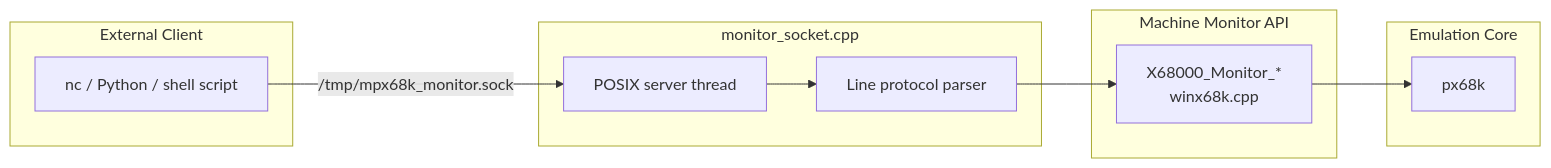
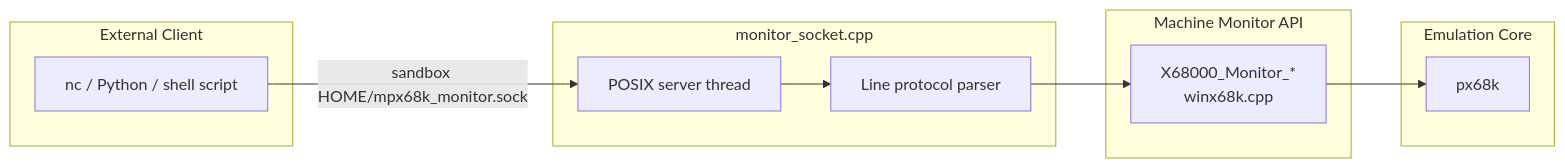
The eighth of 8 diagrams in ARCHITECTURE.md (YosAwed/MPX68K), drawn with Mermaid before and after one commit. The commit also changed other lines of this file and 3 other files, not shown here.

````diff
--- a/ARCHITECTURE.md
+++ b/ARCHITECTURE.md
@@ -313,21 +313,21 @@
 ```mermaid
 graph LR
     subgraph "External Client"
         Client[nc / Python / shell script]
     end
     subgraph "monitor_socket.cpp"
         Thread[POSIX server thread]
         Parser[Line protocol parser]
     end
     subgraph "Machine Monitor API"
         MonitorAPI[X68000_Monitor_*\nwinx68k.cpp]
     end
     subgraph "Emulation Core"
         PX68K[px68k]
     end
 
-    Client -- /tmp/mpx68k_monitor.sock --> Thread
+    Client -- sandbox HOME/mpx68k_monitor.sock --> Thread
     Thread --> Parser
     Parser --> MonitorAPI
     MonitorAPI --> PX68K
 ```
````
